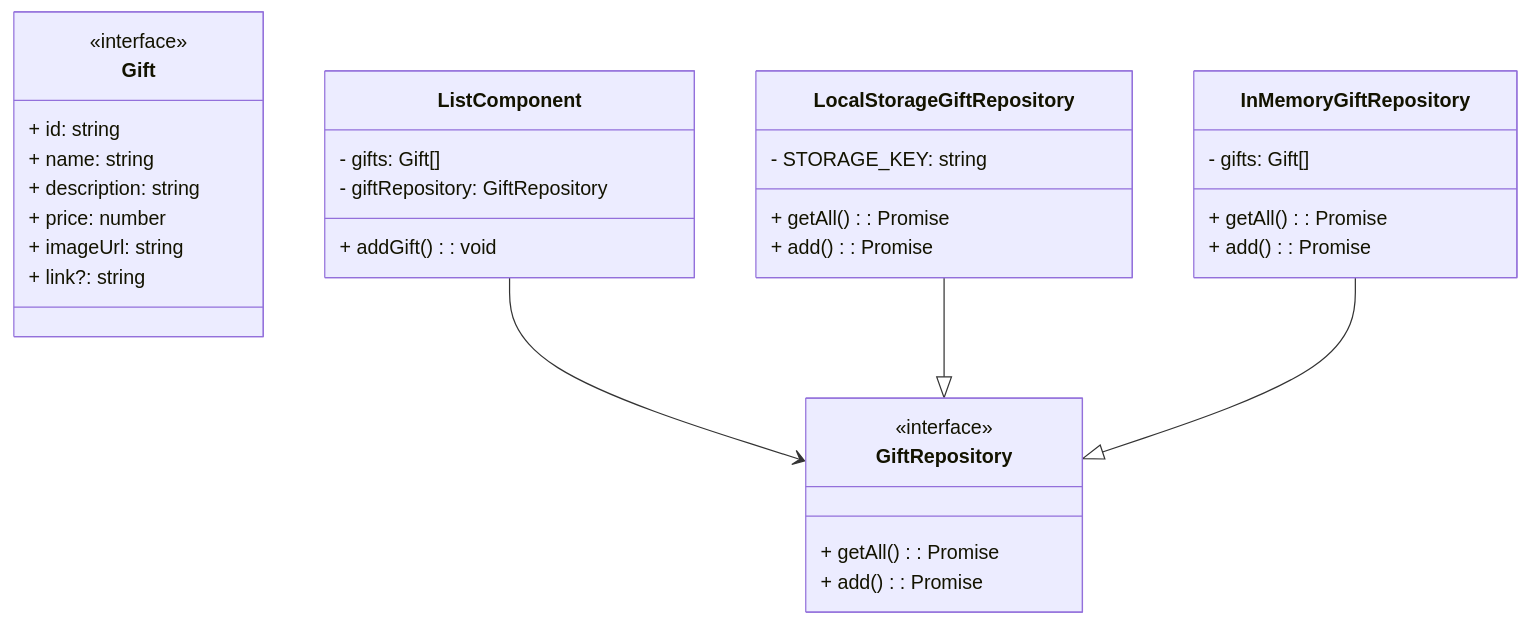
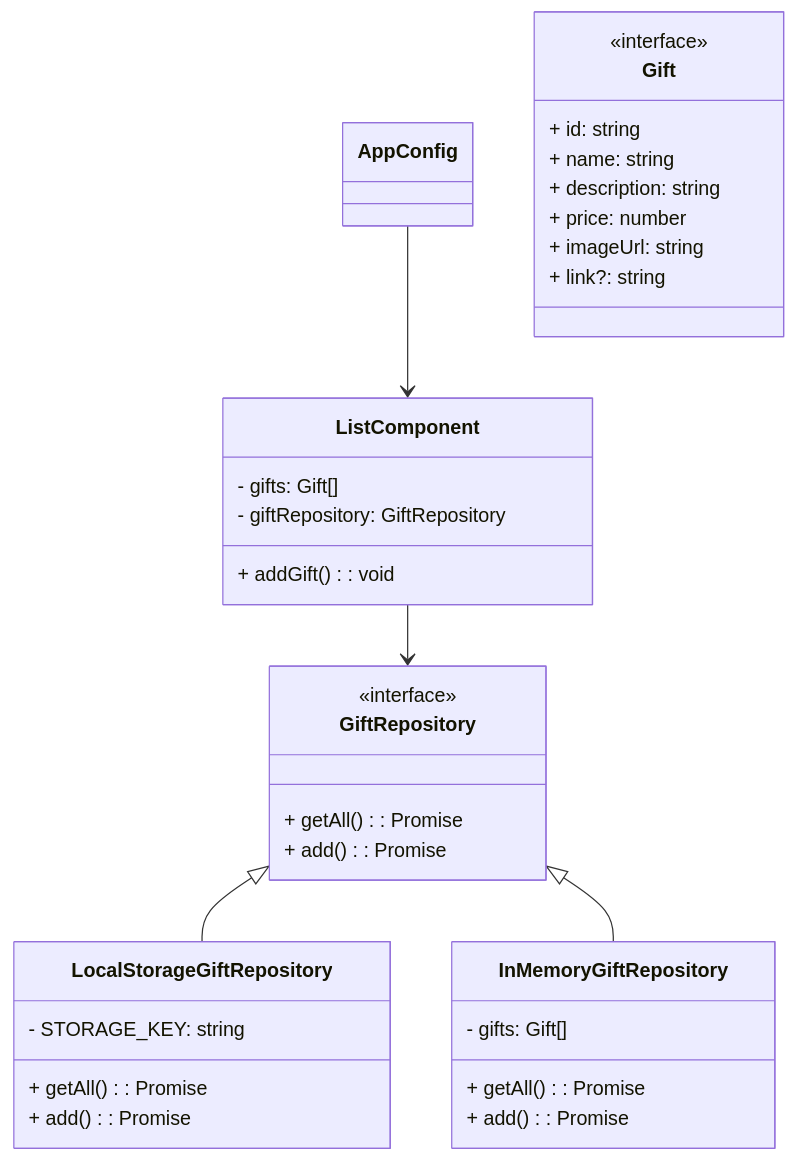
One commit to dennisluitwieler/mygifts-frontend changed the diagram in libs/mg-frontend/list/README.md. Above: the diagram before and after it, drawn with Mermaid.

Commit message:
Update diagram to include AppConfig + moved the position of classes in the diagram a bit.

````diff
--- a/libs/mg-frontend/list/README.md
+++ b/libs/mg-frontend/list/README.md
@@ -10,46 +10,59 @@
 ```mermaid
 
 classDiagram
 
   direction TB
 
-  class Gift {
-    <<interface>>
-    + id: string
-    + name: string
-    + description: string
-    + price: number
-    + imageUrl: string
-    + link?: string
+  
+  
+  class AppConfig {
+    
   }
 
   class ListComponent {
     - gifts: Gift[]
     - giftRepository: GiftRepository
     + addGift(): void
   }
-
 
   class GiftRepository {
     <<interface>>
     + getAll(): Promise<Gift[]>
     + add(): Promise<void>
   }
 
   class LocalStorageGiftRepository {
     - STORAGE_KEY: string
     + getAll(): Promise<Gift[]>
     + add(): Promise<void>
   }
 
  class InMemoryGiftRepository {
     - gifts: Gift[]
     + getAll(): Promise<Gift[]>
     + add(): Promise<void>
   }
 
-  ListComponent --> GiftRepository
-  LocalStorageGiftRepository --|> GiftRepository
-  InMemoryGiftRepository --|> GiftRepository
+  class Gift {
+    <<interface>>
+    + id: string
+    + name: string
+    + description: string
+    + price: number
+    + imageUrl: string
+    + link?: string
+  }
+
+    AppConfig --> ListComponent
+%%    AppConfig --> GiftRepository
+%%  AppConfig --> LocalStorageGiftRepository
+%%    AppConfig --> InMemoryGiftRepository
+    
+  
+    ListComponent --> GiftRepository
+    GiftRepository <|-- LocalStorageGiftRepository
+    GiftRepository <|-- InMemoryGiftRepository
+
+ 
 
 ```
````
